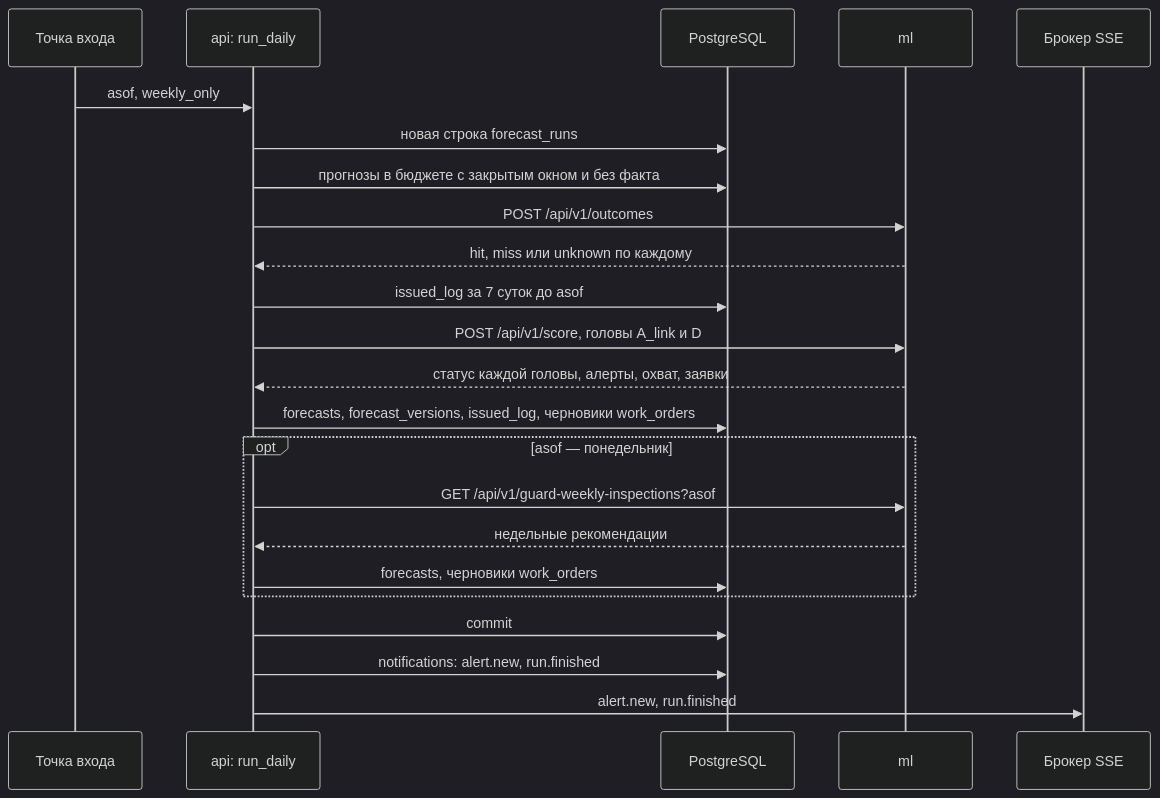
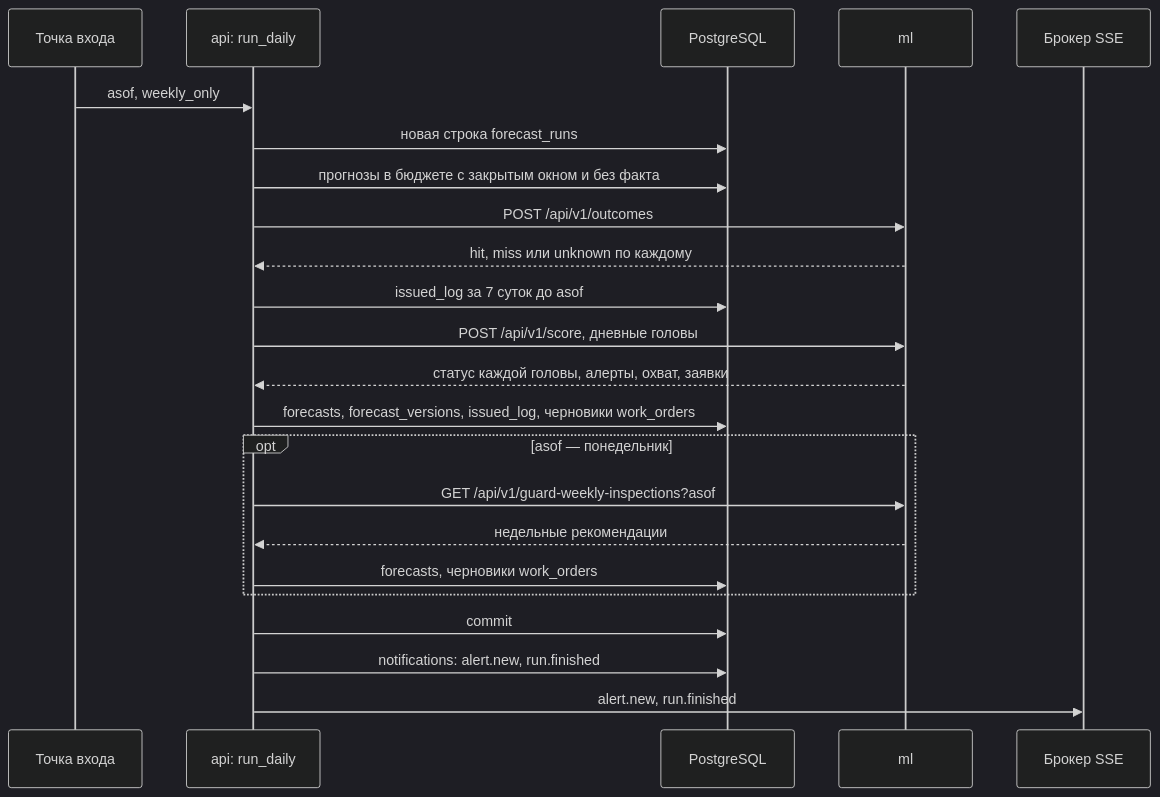
Before and after one commit to Bitmann0/moscollector-predict: the second of 4 diagrams in docs/submission/02-architecture.md, drawn with Mermaid (dark theme). The commit also changed other lines of this file and 82 other files, not shown here.

````diff
--- a/docs/submission/02-architecture.md
+++ b/docs/submission/02-architecture.md
@@ -169,25 +171,25 @@
 ```mermaid
 sequenceDiagram
   participant E as Точка входа
   participant A as api: run_daily
   participant D as PostgreSQL
   participant M as ml
   participant S as Брокер SSE
   E->>A: asof, weekly_only
   A->>D: новая строка forecast_runs
   A->>D: прогнозы в бюджете с закрытым окном и без факта
   A->>M: POST /api/v1/outcomes
   M-->>A: hit, miss или unknown по каждому
   A->>D: issued_log за 7 суток до asof
-  A->>M: POST /api/v1/score, головы A_link и D
+  A->>M: POST /api/v1/score, дневные головы
   M-->>A: статус каждой головы, алерты, охват, заявки
   A->>D: forecasts, forecast_versions, issued_log, черновики work_orders
   opt asof — понедельник
     A->>M: GET /api/v1/guard-weekly-inspections?asof
     M-->>A: недельные рекомендации
     A->>D: forecasts, черновики work_orders
   end
   A->>D: commit
   A->>D: notifications: alert.new, run.finished
   A->>S: alert.new, run.finished
 ```
````
